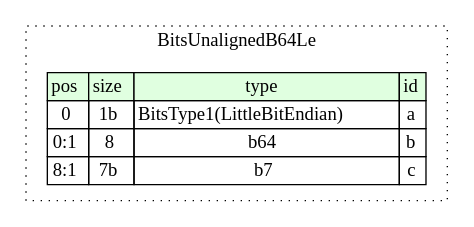
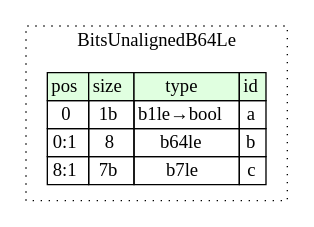
The diagram in compiled/graphviz/bits_unaligned_b64_le.dot (kaitai-io/ci_targets), drawn with Graphviz before and after one commit. The commit also changed 209 other files, not shown here.

```diff
--- a/compiled/graphviz/bits_unaligned_b64_le.dot
+++ b/compiled/graphviz/bits_unaligned_b64_le.dot
@@ -1,15 +1,15 @@
 digraph {
 	rankdir=LR;
 	node [shape=plaintext];
 	subgraph cluster__bits_unaligned_b64_le {
 		label="BitsUnalignedB64Le";
 		graph[style=dotted];
 
 		bits_unaligned_b64_le__seq [label=<<TABLE BORDER="0" CELLBORDER="1" CELLSPACING="0">
 			<TR><TD BGCOLOR="#E0FFE0">pos</TD><TD BGCOLOR="#E0FFE0">size</TD><TD BGCOLOR="#E0FFE0">type</TD><TD BGCOLOR="#E0FFE0">id</TD></TR>
-			<TR><TD PORT="a_pos">0</TD><TD PORT="a_size">1b</TD><TD>BitsType1(LittleBitEndian)</TD><TD PORT="a_type">a</TD></TR>
-			<TR><TD PORT="b_pos">0:1</TD><TD PORT="b_size">8</TD><TD>b64</TD><TD PORT="b_type">b</TD></TR>
-			<TR><TD PORT="c_pos">8:1</TD><TD PORT="c_size">7b</TD><TD>b7</TD><TD PORT="c_type">c</TD></TR>
+			<TR><TD PORT="a_pos">0</TD><TD PORT="a_size">1b</TD><TD>b1le→bool</TD><TD PORT="a_type">a</TD></TR>
+			<TR><TD PORT="b_pos">0:1</TD><TD PORT="b_size">8</TD><TD>b64le</TD><TD PORT="b_type">b</TD></TR>
+			<TR><TD PORT="c_pos">8:1</TD><TD PORT="c_size">7b</TD><TD>b7le</TD><TD PORT="c_type">c</TD></TR>
 		</TABLE>>];
 	}
 }
```
